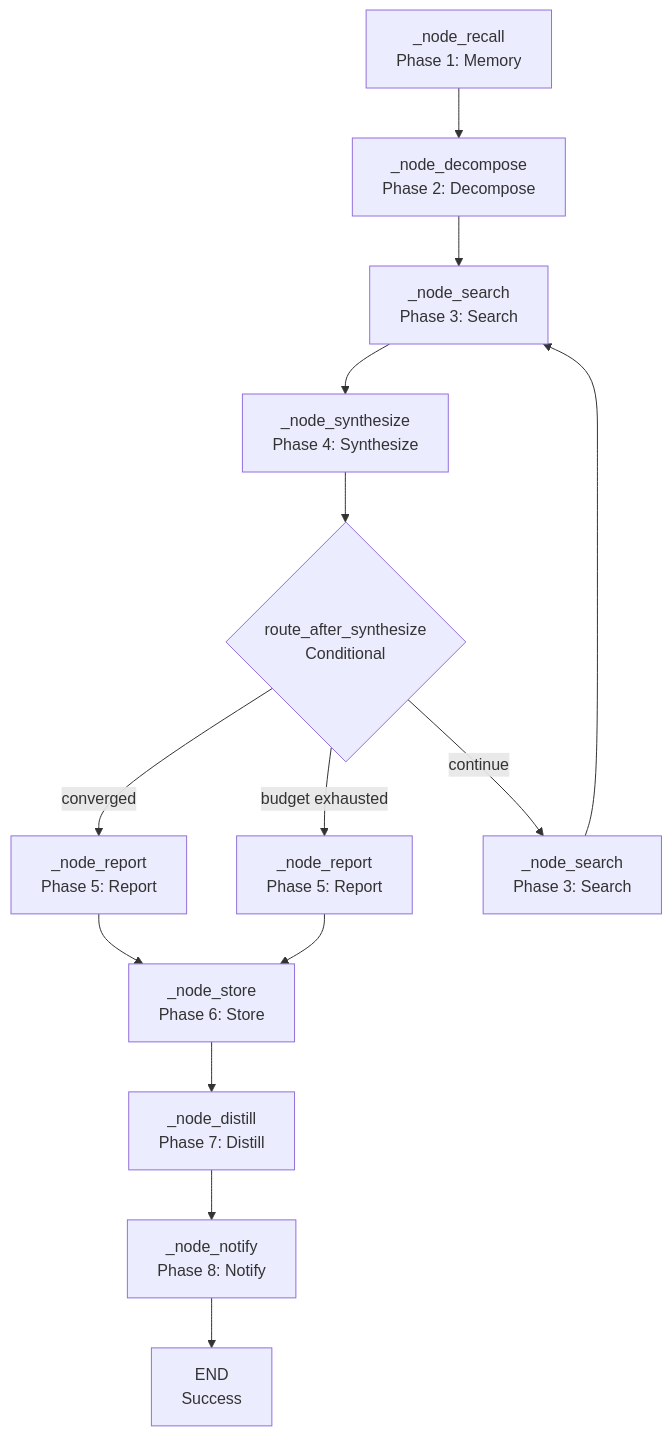
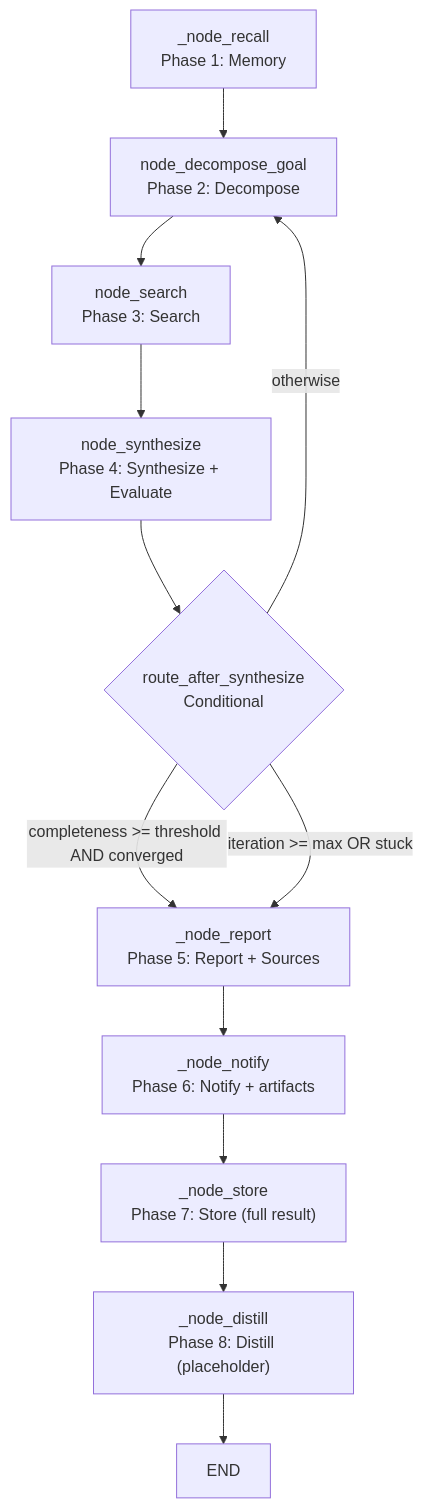
The diagram in docs/workflows/deep_research/ARCHITECTURE.md (brunogcar/agent), drawn with Mermaid before and after one commit. The commit also changed other lines of this file and 10 other files, not shown here.

````diff
--- a/docs/workflows/deep_research/ARCHITECTURE.md
+++ b/docs/workflows/deep_research/ARCHITECTURE.md
@@ -64,16 +52,14 @@
 ```mermaid
 graph TD
-    A["_node_recall<br/>Phase 1: Memory"] --> B["_node_decompose<br/>Phase 2: Decompose"]
-    B --> C["_node_search<br/>Phase 3: Search"]
-    C --> D["_node_synthesize<br/>Phase 4: Synthesize"]
+    A["_node_recall<br/>Phase 1: Memory"] --> B["node_decompose_goal<br/>Phase 2: Decompose"]
+    B --> C["node_search<br/>Phase 3: Search"]
+    C --> D["node_synthesize<br/>Phase 4: Synthesize + Evaluate"]
     D --> E{"route_after_synthesize<br/>Conditional"}
-    E -->|converged| F["_node_report<br/>Phase 5: Report"]
-    E -->|budget exhausted| G["_node_report<br/>Phase 5: Report"]
-    E -->|continue| H["_node_search<br/>Phase 3: Search"]
-    F --> I["_node_store<br/>Phase 6: Store"]
-    I --> J["_node_distill<br/>Phase 7: Distill"]
-    J --> K["_node_notify<br/>Phase 8: Notify"]
-    K --> L["END<br/>Success"]
-    G --> I
-    H --> C
+    E -->|completeness >= threshold AND converged| F["_node_report<br/>Phase 5: Report + Sources"]
+    E -->|iteration >= max OR stuck| F
+    E -->|otherwise| B
+    F --> G["_node_notify<br/>Phase 6: Notify + artifacts"]
+    G --> H["_node_store<br/>Phase 7: Store (full result)"]
+    H --> I["_node_distill<br/>Phase 8: Distill (placeholder)"]
+    I --> J["END"]
 ```
````
